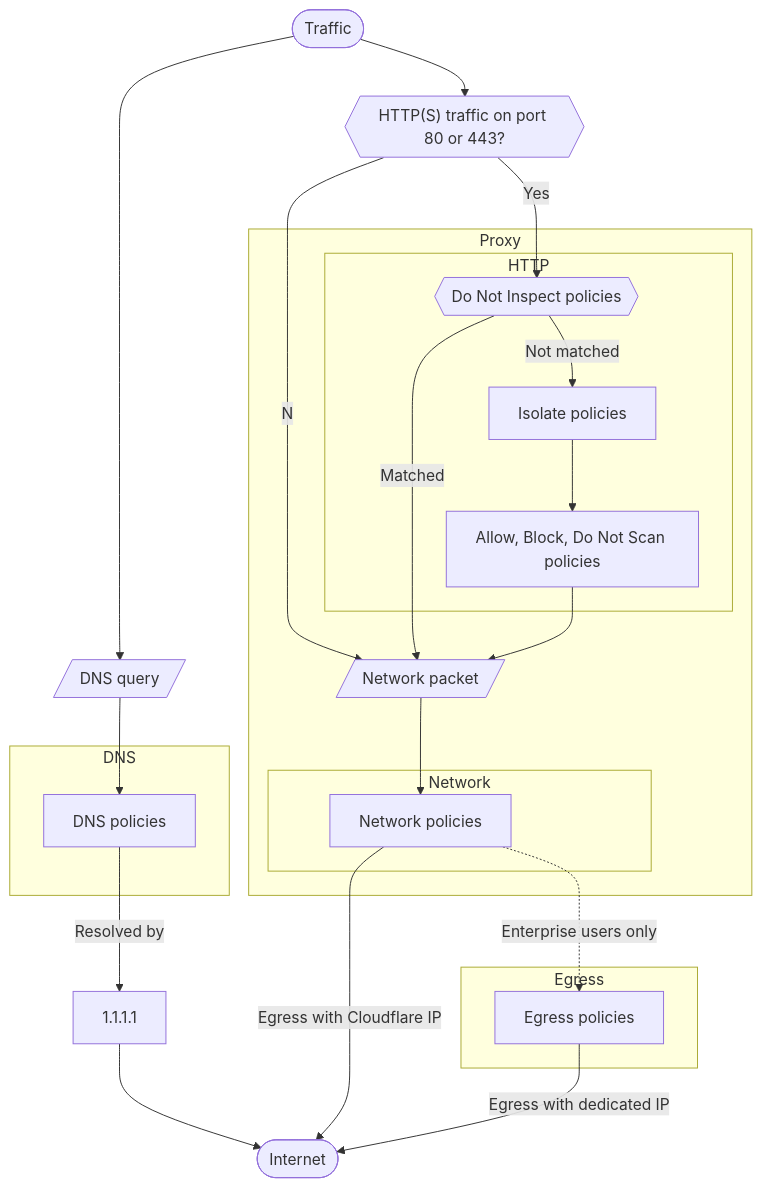
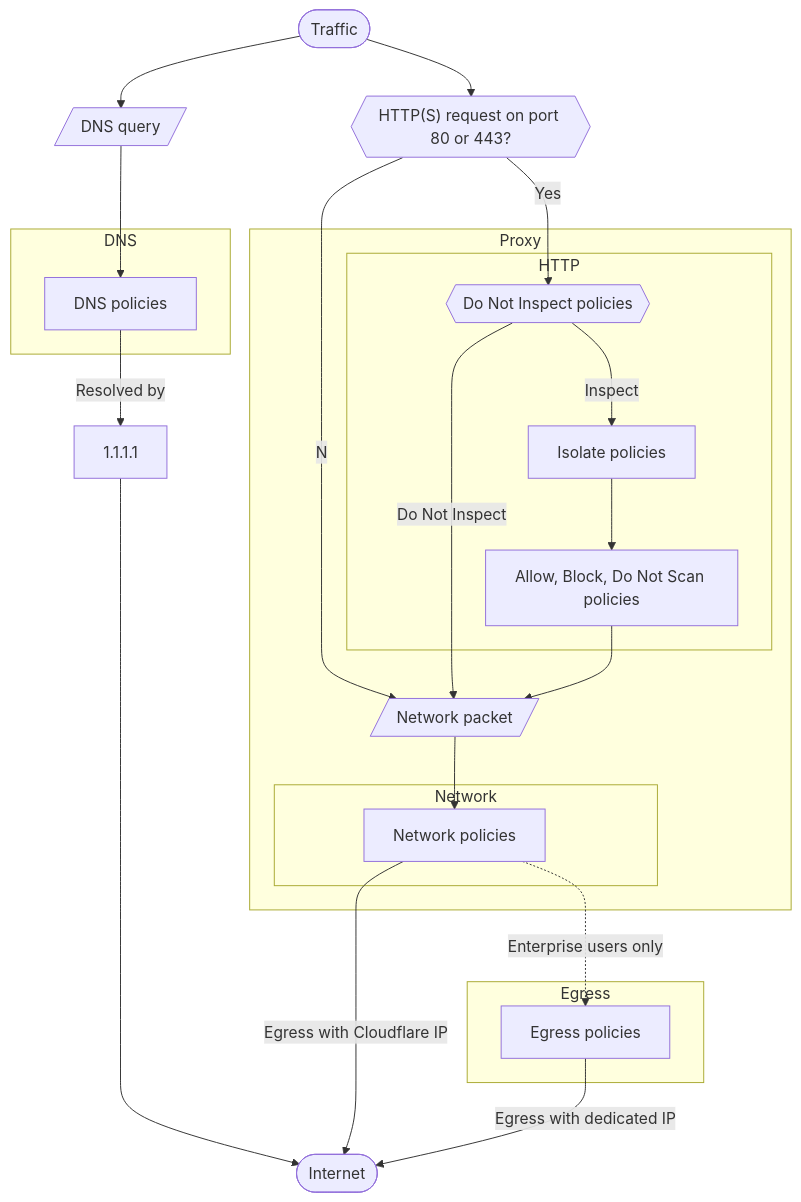
The diagram in content/cloudflare-one/policies/gateway/order-of-enforcement.md (cloudflare/cloudflare-docs), drawn with Mermaid before and after one commit.

Commit message:
Rename DNI and adjust positioning

````diff
--- a/content/cloudflare-one/policies/gateway/order-of-enforcement.md
+++ b/content/cloudflare-one/policies/gateway/order-of-enforcement.md
@@ -11,43 +11,44 @@
 ```mermaid
 flowchart TB
     %% In with user traffic
     start(["Traffic"])-->dns0[/"DNS query"/]-->dns1
-    start-->http0{{"HTTP(S) traffic on port 80 or 443?"}}
+    start-->http0{{"HTTP(S) request on port 80 or 443?"}}
     http0--Yes-->http1
     http0--No-->network0
 
     %% DNS policies
     subgraph DNS
     dns1["DNS policies"]
+    style DNS text-align:left
     end
-    dns1--Resolved by-->dns2["1.1.1.1"]-->internet
+    dns1--Resolved by-->dns2["1.1.1.1"]------>internet
 
     %% Proxied by Gateway
     subgraph Proxy
 
     %% HTTP policies
     subgraph HTTP
     http1{{"Do Not Inspect policies"}}
-    http1--Not matched-->http2["Isolate policies"]
+    http1--Inspect-->http2["Isolate policies"]
     http2-->http3["Allow, Block, Do Not Scan policies"]
     end
 
-    http1--Matched-->network0
+    http1--Do Not Inspect-->network0
     http3-->network0
     network0[/"Network packet"/]-->network1
 
     %% Network policies
     subgraph Network
     network1["Network policies"]
     end
     end
 
     %% Egress
     subgraph Egress
     network1-.Enterprise users only.->egress1[Egress policies]
     end
 
     %% Finish
     network1--Egress with Cloudflare IP-->internet([Internet])
     egress1--Egress with dedicated IP-->internet
 ```
````
